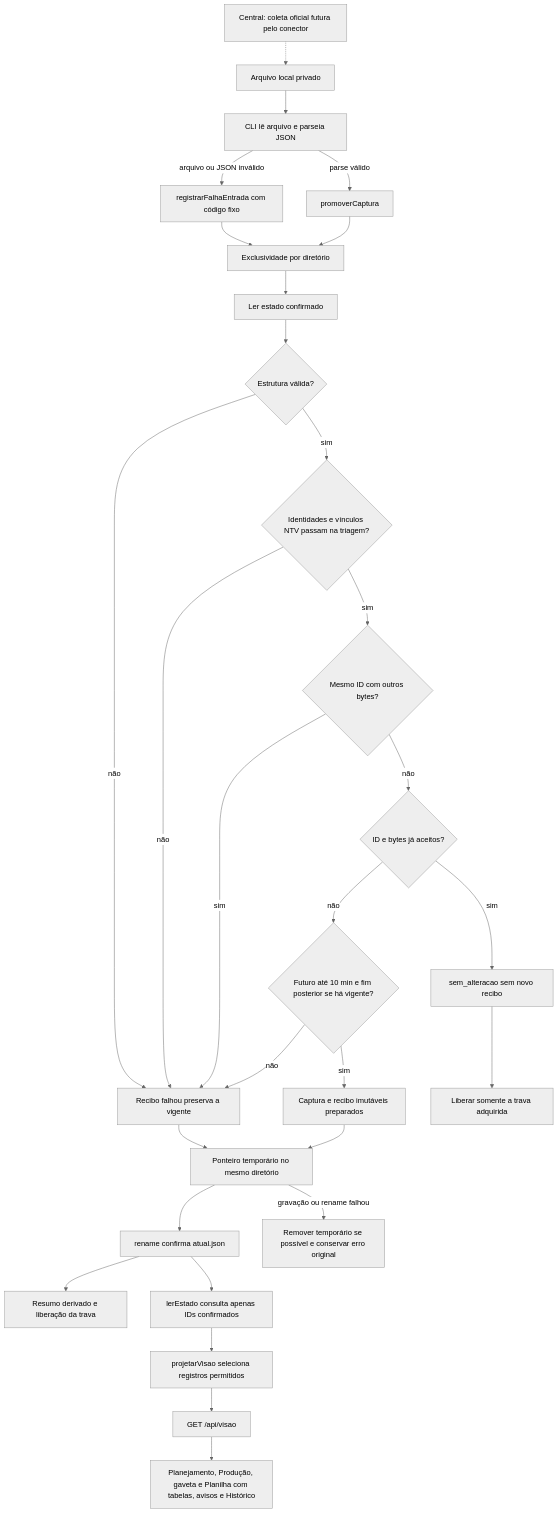
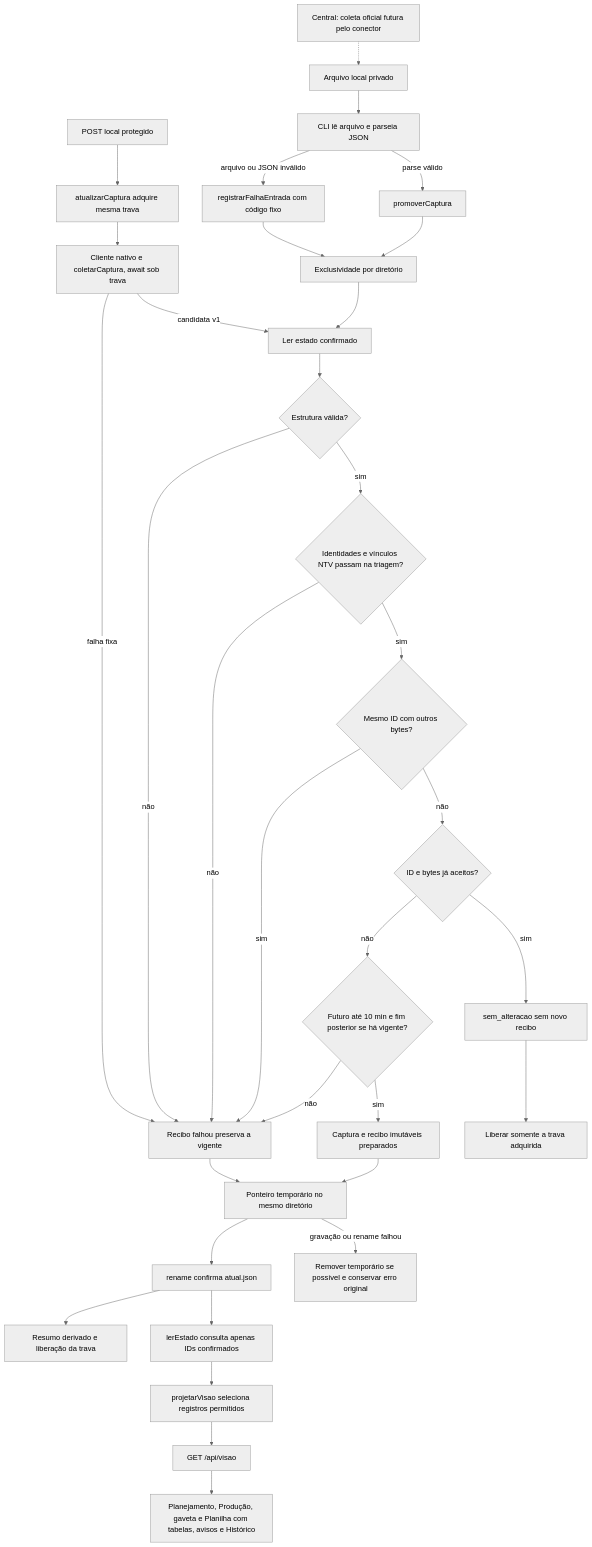
Before and after one commit to Browsher/crm-social: the second of 4 diagrams in docs/architecture.md, drawn with Mermaid (neutral theme). The commit also changed other lines of this file and 47 other files, not shown here.

Commit message:
feat: atualizar seis abas com leitura Google nativa e captura segura

````diff
--- a/docs/architecture.md
+++ b/docs/architecture.md
@@ -51,31 +60,35 @@
 ```mermaid
 flowchart TD
   Central["Central: coleta oficial futura pelo conector"] -.-> JSON[Arquivo local privado]
   JSON --> CLI[CLI lê arquivo e parseia JSON]
   CLI -->|arquivo ou JSON inválido| Falha[registrarFalhaEntrada com código fixo]
   CLI -->|parse válido| Promover[promoverCaptura]
   Falha --> Lock[Exclusividade por diretório]
   Promover --> Lock
+  Botao[POST local protegido] --> Atualizar[atualizarCaptura adquire mesma trava]
+  Atualizar --> Remota[Cliente nativo e coletarCaptura, await sob trava]
+  Remota -->|candidata v1| Estado
+  Remota -->|falha fixa| Rejeitar
   Lock --> Estado[Ler estado confirmado]
   Estado --> Validar{Estrutura válida?}
   Validar -->|não| Rejeitar[Recibo falhou preserva a vigente]
   Validar -->|sim| Identidades{Identidades e vínculos NTV passam na triagem?}
   Identidades -->|não| Rejeitar
   Identidades -->|sim| Conflito{Mesmo ID com outros bytes?}
   Conflito -->|sim| Rejeitar
   Conflito -->|não| Aceita{ID e bytes já aceitos?}
   Aceita -->|sim| NoOp[sem_alteracao sem novo recibo]
   Aceita -->|não| Tempo{Futuro até 10 min e fim posterior se há vigente?}
   Tempo -->|não| Rejeitar
   Tempo -->|sim| Preparar[Captura e recibo imutáveis preparados]
   Rejeitar --> Ponteiro
   Preparar --> Ponteiro[Ponteiro temporário no mesmo diretório]
   Ponteiro --> Confirmar[rename confirma atual.json]
   Ponteiro -->|gravação ou rename falhou| Limpeza[Remover temporário se possível e conservar erro original]
   Confirmar --> Cache[Resumo derivado e liberação da trava]
   NoOp --> Liberar[Liberar somente a trava adquirida]
   Confirmar --> Ler[lerEstado consulta apenas IDs confirmados]
   Ler --> Projetar[projetarVisao seleciona registros permitidos]
   Projetar --> API[GET /api/visao]
   API --> UI[Planejamento, Produção, gaveta e Planilha com tabelas, avisos e Histórico]
 ```
````
